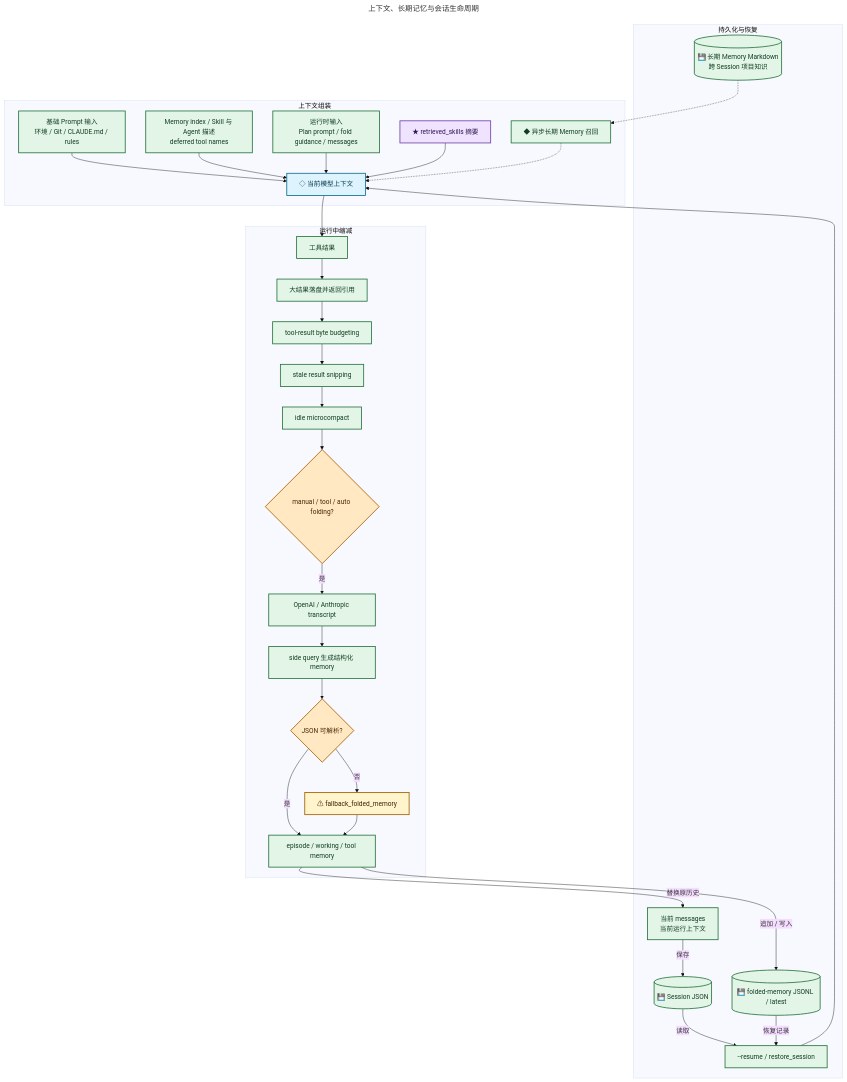
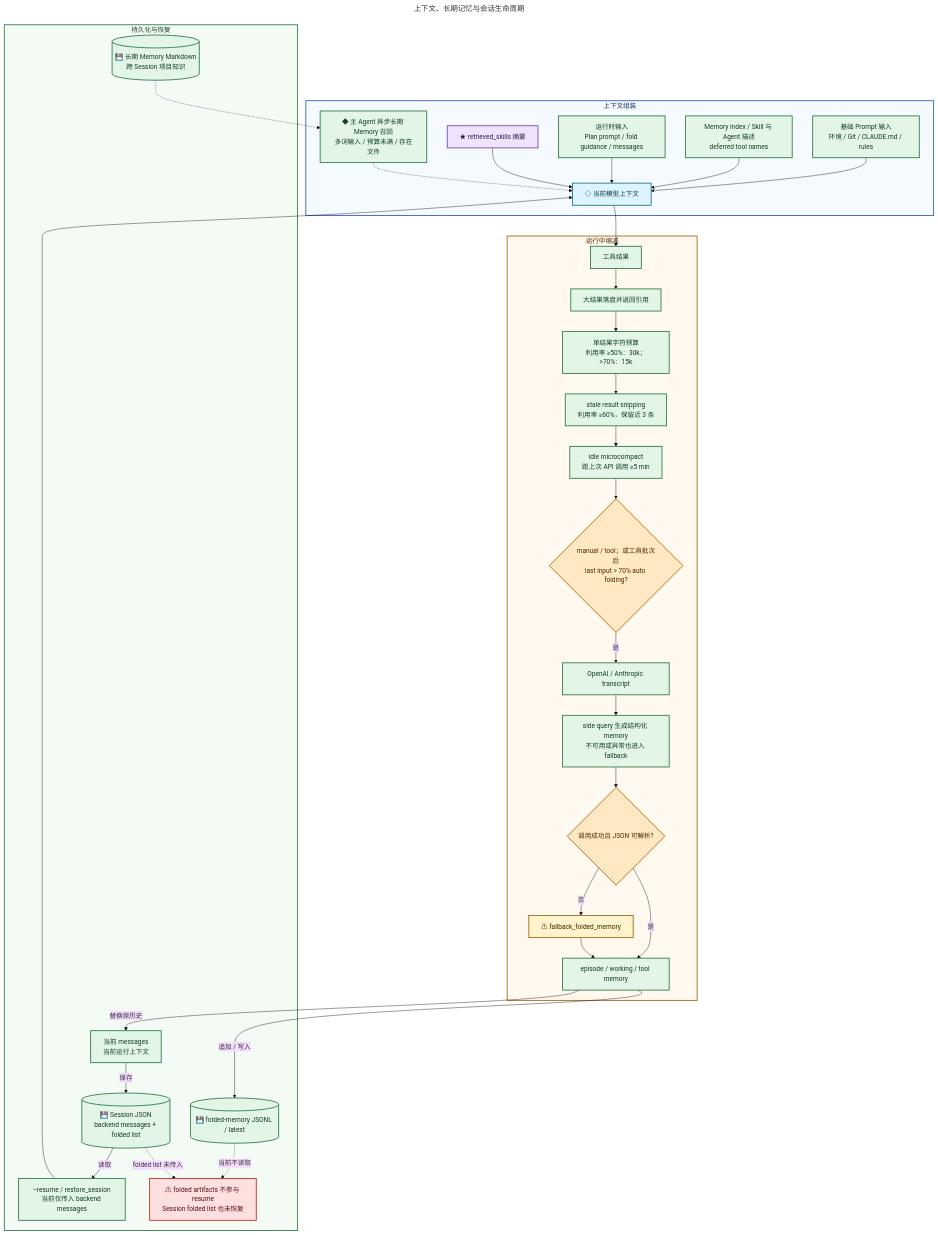
One commit to yepingzhao/SkevoAgent changed the fifth of 9 diagrams in docs/superpowers/plans/2026-08-20-skevo-mermaid-diagram-suite.md. Above: the diagram before and after it, drawn with Mermaid. The commit also changed 2 other files, not shown here.

Commit message:
docs: add context and session lifecycle diagram

````diff
--- a/docs/superpowers/plans/2026-08-20-skevo-mermaid-diagram-suite.md
+++ b/docs/superpowers/plans/2026-08-20-skevo-mermaid-diagram-suite.md
@@ -567,12 +567,14 @@
 %% Out of scope: Skill 执行、权限决策、模型协议内部请求格式。
 
 flowchart TB
+    accTitle: 上下文、长期记忆与会话生命周期
+    accDescr: 展示系统提示与当前消息的组装、工具结果的分层缩减和结构化折叠，以及 Session 的保存与当前仅恢复后端消息的实际边界
     subgraph ASSEMBLY["上下文组装"]
         STATIC["基础 Prompt 输入<br/>环境 / Git / CLAUDE.md / rules"]
         MANIFEST["Memory index / Skill 与 Agent 描述<br/>deferred tool names"]
         RUNTIME_INPUT["运行时输入<br/>Plan prompt / fold guidance / messages"]
         SKILL_CONTEXT["★ retrieved_skills 摘要"]
-        MEMORY_PREFETCH["◆ 异步长期 Memory 召回"]
+        MEMORY_PREFETCH["◆ 主 Agent 异步长期 Memory 召回<br/>多词输入 / 预算未满 / 存在文件"]
         MODEL_CONTEXT["◇ 当前模型上下文"]
         STATIC --> MODEL_CONTEXT
         MANIFEST --> MODEL_CONTEXT
@@ -584,13 +586,13 @@
     subgraph REDUCTION["运行中缩减"]
         TOOL_RESULT["工具结果"]
         LARGE["大结果落盘并返回引用"]
-        BUDGET["tool-result byte budgeting"]
-        SNIP["stale result snipping"]
-        MICRO["idle microcompact"]
-        TRIGGER{"manual / tool / auto folding?"}
+        BUDGET["单结果字符预算<br/>利用率 ≥50%：30k；&gt;70%：15k"]
+        SNIP["stale result snipping<br/>利用率 ≥60%，保留近 3 条"]
+        MICRO["idle microcompact<br/>距上次 API 调用 ≥5 min"]
+        TRIGGER{"manual / tool；或工具批次后<br/>last input &gt; 70% auto folding?"}
         TRANSCRIPT["OpenAI / Anthropic transcript"]
-        SIDE_QUERY["side query 生成结构化 memory"]
-        PARSE{"JSON 可解析?"}
+        SIDE_QUERY["side query 生成结构化 memory<br/>不可用或异常也进入 fallback"]
+        PARSE{"调用成功且 JSON 可解析?"}
         FOLDED["episode / working / tool memory"]
         FALLBACK["⚠ fallback_folded_memory"]
         TOOL_RESULT --> LARGE --> BUDGET --> SNIP --> MICRO --> TRIGGER
@@ -601,15 +603,17 @@
 
     subgraph PERSISTENCE["持久化与恢复"]
         MESSAGES["当前 messages<br/>当前运行上下文"]
-        SESSION[("💾 Session JSON")]
+        SESSION[("💾 Session JSON<br/>backend messages + folded list")]
         FOLD_LOG[("💾 folded-memory JSONL / latest")]
         LONG_MEMORY[("💾 长期 Memory Markdown<br/>跨 Session 项目知识")]
-        RESUME["--resume / restore_session"]
+        RESUME["--resume / restore_session<br/>当前仅传入 backend messages"]
+        RESTORE_GAP["⚠ folded artifacts 不参与 resume<br/>Session folded list 也未恢复"]
         MESSAGES -->|保存| SESSION
         FOLDED -->|替换原历史| MESSAGES
         FOLDED -->|追加 / 写入| FOLD_LOG
         SESSION -->|读取| RESUME
-        FOLD_LOG -->|恢复记录| RESUME
+        FOLD_LOG -.->|当前不读取| RESTORE_GAP
+        SESSION -.->|folded list 未传入| RESTORE_GAP
         LONG_MEMORY -.-> MEMORY_PREFETCH
         RESUME --> MODEL_CONTEXT
     end
@@ -621,10 +625,16 @@
     classDef control fill:#FFE8C2,stroke:#A85D00,stroke-width:2px,color:#4A2900
     classDef extension fill:#EFE3FF,stroke:#7040A8,stroke-width:2px,color:#32184F
     classDef note fill:#FFF4CC,stroke:#A15C00,stroke-width:2px,color:#3A2600
+    classDef error fill:#FFE0E0,stroke:#B42318,stroke-width:2px,color:#5A0B0B
 
     class MODEL_CONTEXT model
     class STATIC,MANIFEST,RUNTIME_INPUT,MEMORY_PREFETCH,TOOL_RESULT,LARGE,BUDGET,SNIP,MICRO,TRANSCRIPT,SIDE_QUERY,FOLDED,MESSAGES,SESSION,FOLD_LOG,LONG_MEMORY,RESUME state
     class TRIGGER,PARSE control
     class SKILL_CONTEXT extension
     class FALLBACK note
+    class RESTORE_GAP error
+
+    style ASSEMBLY fill:#F5FAFF,stroke:#2855B5,stroke-width:2px,color:#102A5C
+    style REDUCTION fill:#FFF9F0,stroke:#A85D00,stroke-width:2px,color:#4A2900
+    style PERSISTENCE fill:#F4FBF5,stroke:#26733D,stroke-width:2px,color:#123D20
 ```
````
